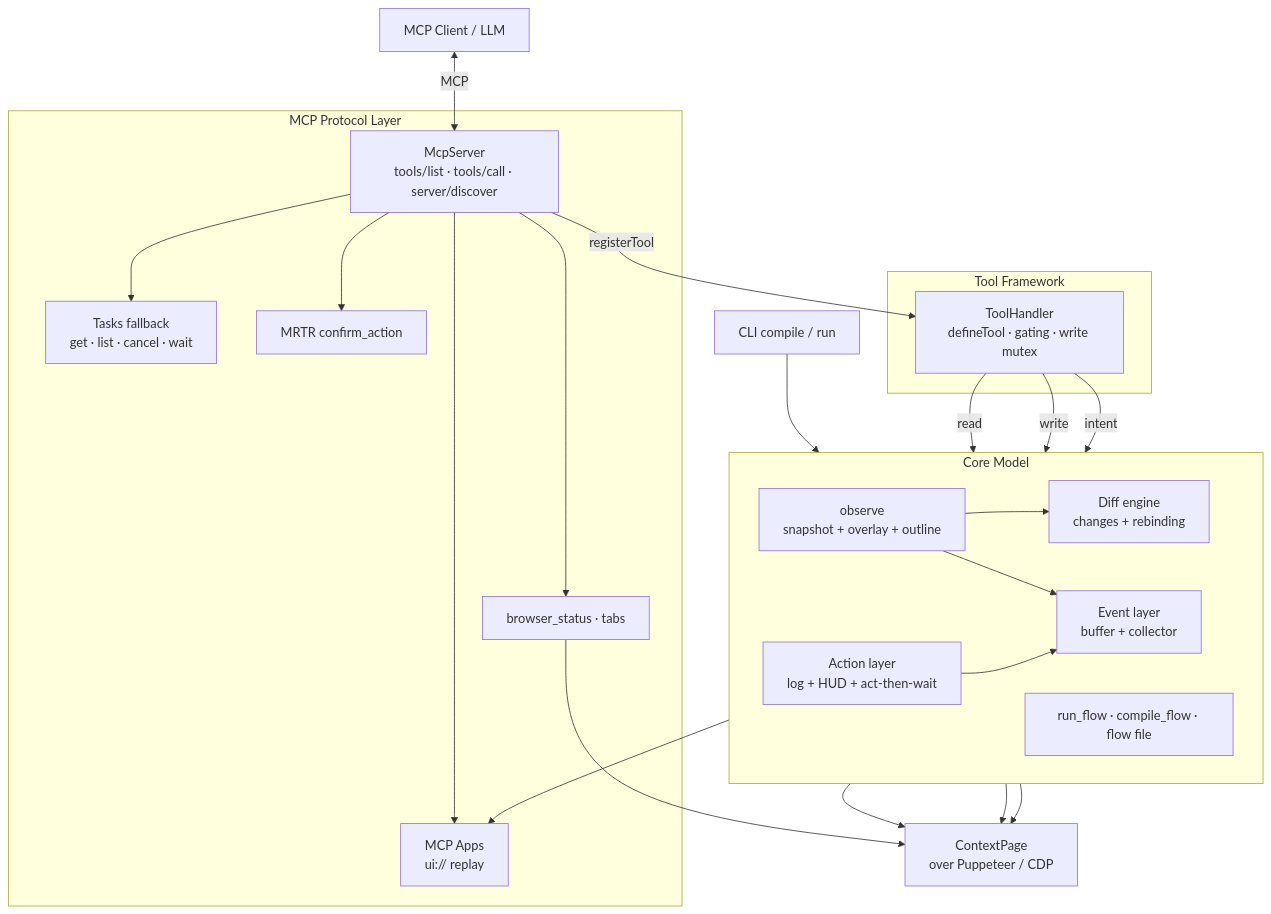
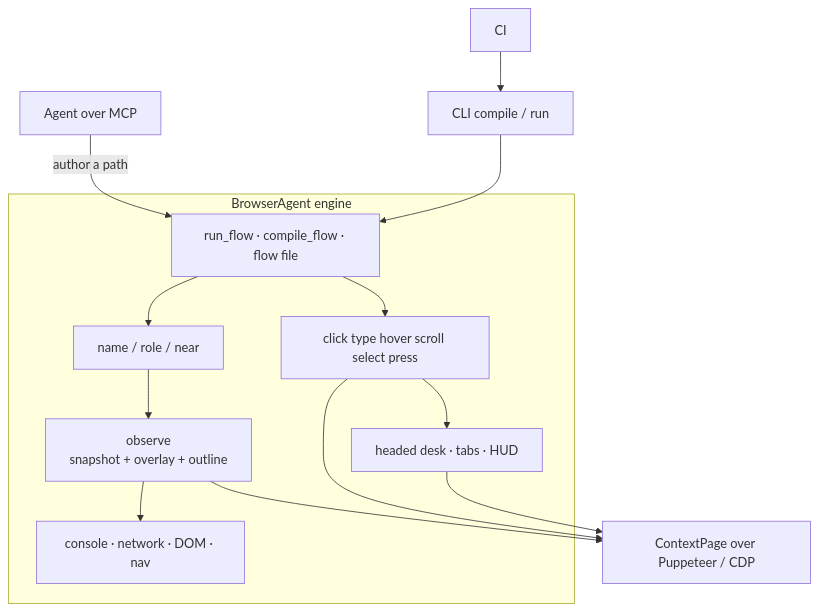
One commit to PremierStudio/BrowserAgent changed the first of 2 diagrams in README.md. Above: the diagram before and after it, drawn with Mermaid. The commit also changed other lines of this file and 13 other files, not shown here.

````diff
--- a/README.md
+++ b/README.md
@@ -69,47 +94,29 @@
 ```mermaid
 flowchart TB
-    Client[MCP Client / LLM]
+    Agent[Agent over MCP]
     Cli[CLI compile / run]
+    Ci[CI]
 
-    subgraph Protocol["MCP Protocol Layer"]
-        Server[McpServer<br/>tools/list · tools/call · server/discover]
-        Tasks[Tasks fallback<br/>get · list · cancel · wait]
-        Apps[MCP Apps<br/>ui:// replay]
-        Mrtr[MRTR confirm_action]
-        Desk[browser_status · tabs]
+    subgraph Engine["BrowserAgent engine"]
+        Observe[observe<br/>snapshot + overlay + outline]
+        Bind[name / role / near]
+        Flow[run_flow · compile_flow · flow file]
+        Desk[headed desk · tabs · HUD]
+        Events[console · network · DOM · nav]
+        Actions[click type hover scroll select press]
     end
 
-    subgraph Framework["Tool Framework"]
-        Handler[ToolHandler<br/>defineTool · gating · write mutex]
-    end
+    Chrome[ContextPage over Puppeteer / CDP]
 
-    subgraph Core["Core Model"]
-        direction LR
-        Observe[observe<br/>snapshot + overlay + outline]
-        Diff[Diff engine<br/>changes + rebinding]
-        Events[Event layer<br/>buffer + collector]
-        Actions[Action layer<br/>log + HUD + act-then-wait]
-        Flow[run_flow · compile_flow · flow file]
-    end
-
-    Browser[ContextPage<br/>over Puppeteer / CDP]
-
-    Client <-->|MCP| Server
+    Agent -->|author a path| Flow
     Cli --> Flow
-    Server --> Tasks
-    Server --> Apps
-    Server --> Mrtr
-    Server --> Desk
-    Server -->|registerTool| Handler
-    Handler -->|read| Observe
-    Handler -->|write| Actions
-    Handler -->|intent| Flow
-    Observe --> Diff
+    Ci --> Cli
+    Flow --> Bind
+    Bind --> Observe
+    Flow --> Actions
+    Actions --> Desk
     Observe --> Events
-    Actions --> Events
-    Actions --> Apps
-    Observe --> Browser
-    Actions --> Browser
-    Flow --> Browser
-    Desk --> Browser
+    Observe --> Chrome
+    Actions --> Chrome
+    Desk --> Chrome
 ```
````
